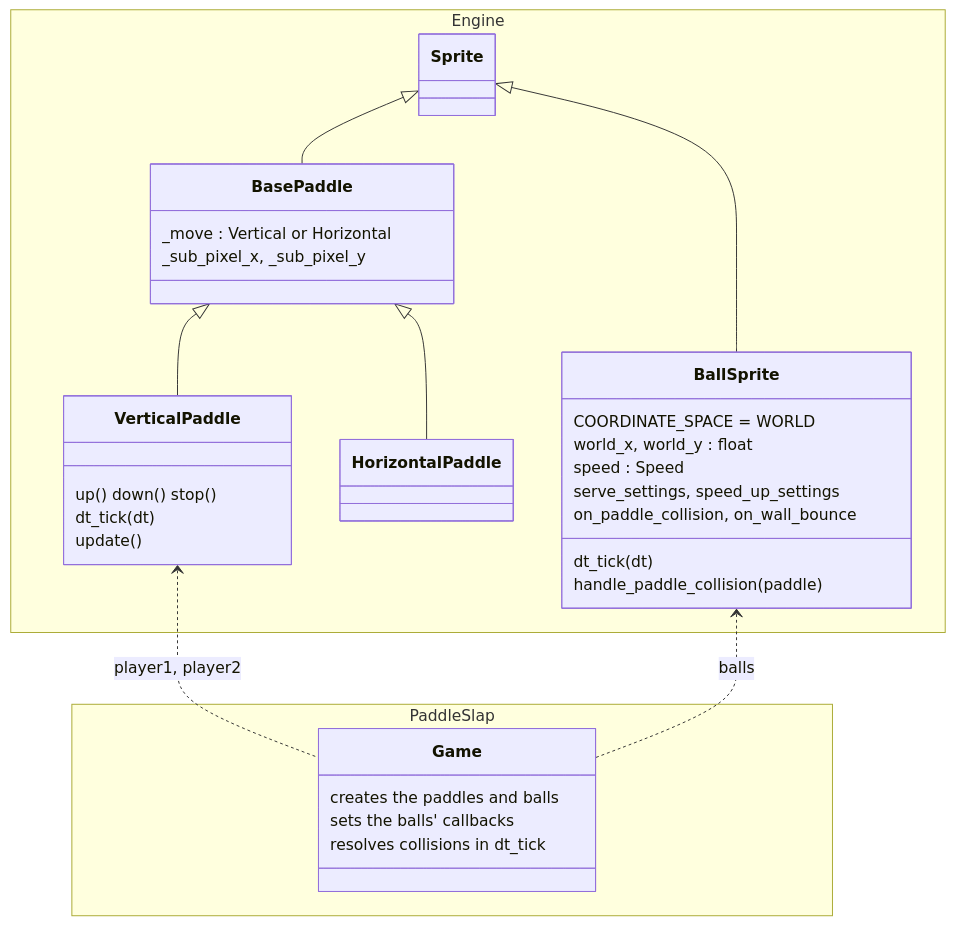
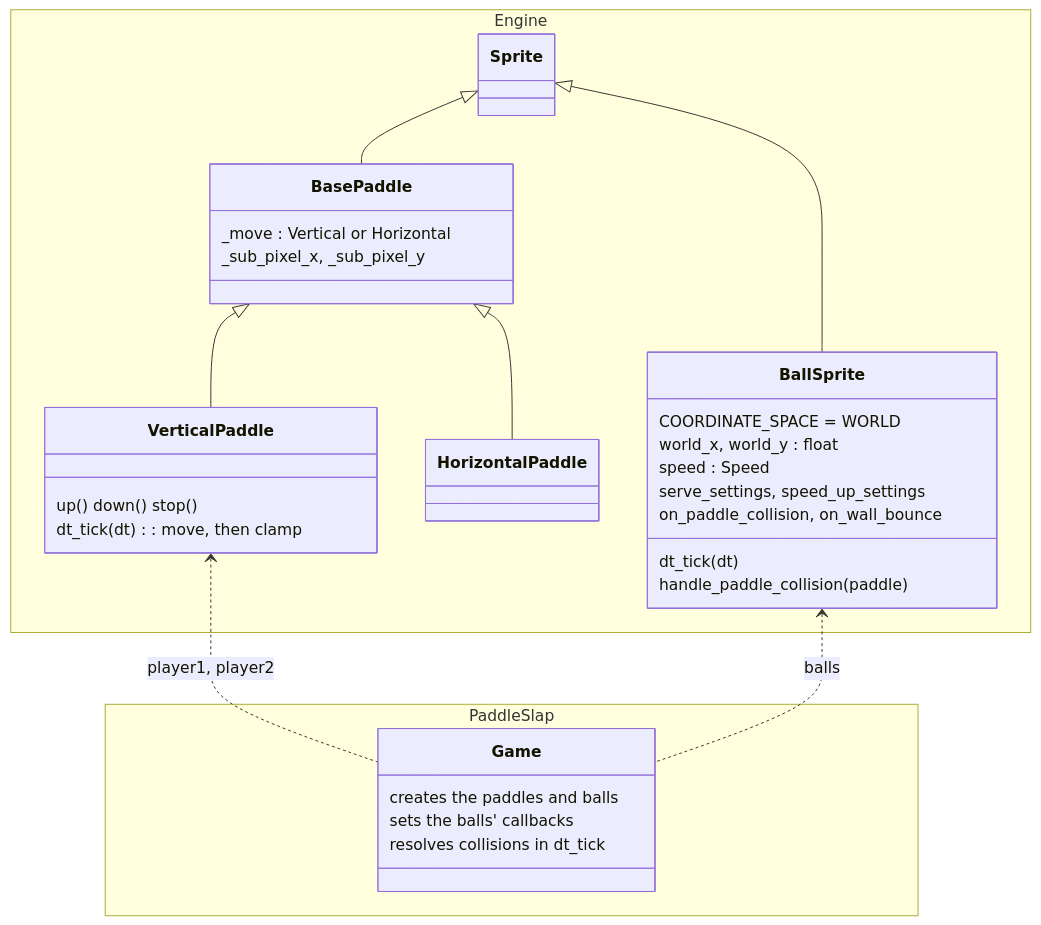
One commit to terrysimons/glitchygames changed the fourth of 7 diagrams in docs/games/paddleslap.md. Above: the diagram before and after it, drawn with Mermaid. The commit also changed other lines of this file and 93 other files, not shown here.

````diff
--- a/docs/games/paddleslap.md
+++ b/docs/games/paddleslap.md
@@ -219,41 +219,40 @@
 ```mermaid
 classDiagram
     direction TB
     namespace Engine {
         class Sprite
         class BasePaddle {
             _move : Vertical or Horizontal
             _sub_pixel_x, _sub_pixel_y
         }
         class VerticalPaddle {
             up() down() stop()
-            dt_tick(dt)
-            update()
+            dt_tick(dt): move, then clamp
         }
         class HorizontalPaddle
         class BallSprite {
             COORDINATE_SPACE = WORLD
             world_x, world_y : float
             speed : Speed
             serve_settings, speed_up_settings
             on_paddle_collision, on_wall_bounce
             dt_tick(dt)
             handle_paddle_collision(paddle)
         }
     }
     namespace PaddleSlap {
         class GameSprites["Game"] {
             creates the paddles and balls
             sets the balls' callbacks
             resolves collisions in dt_tick
         }
     }
 
     Sprite <|-- BasePaddle
     BasePaddle <|-- VerticalPaddle
     BasePaddle <|-- HorizontalPaddle
     Sprite <|-- BallSprite
 
     VerticalPaddle <.. GameSprites : player1, player2
     BallSprite <.. GameSprites : balls
 ```
````
